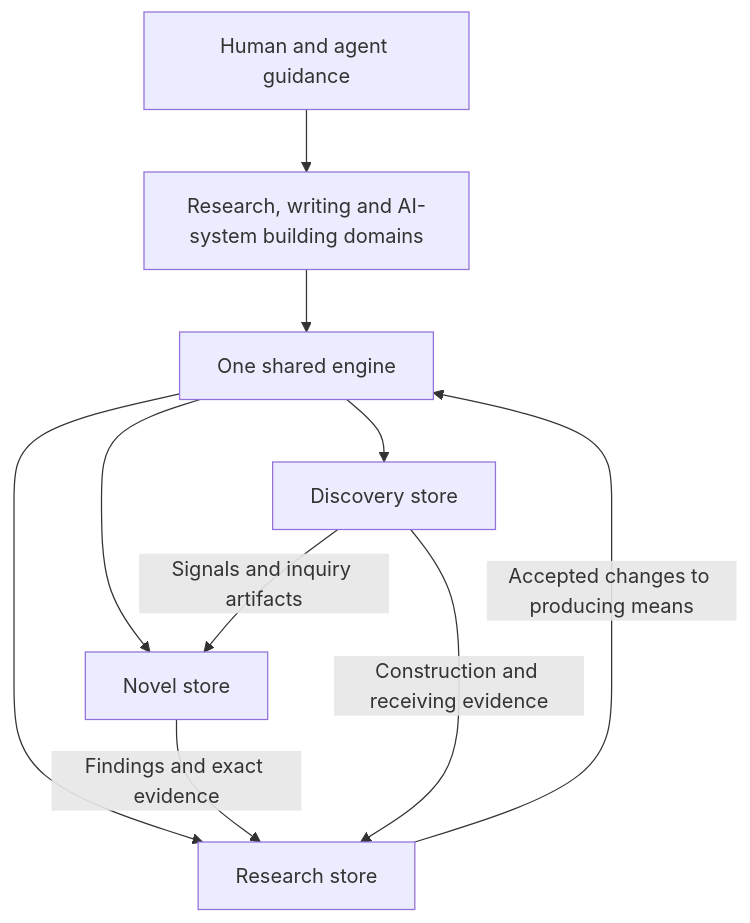
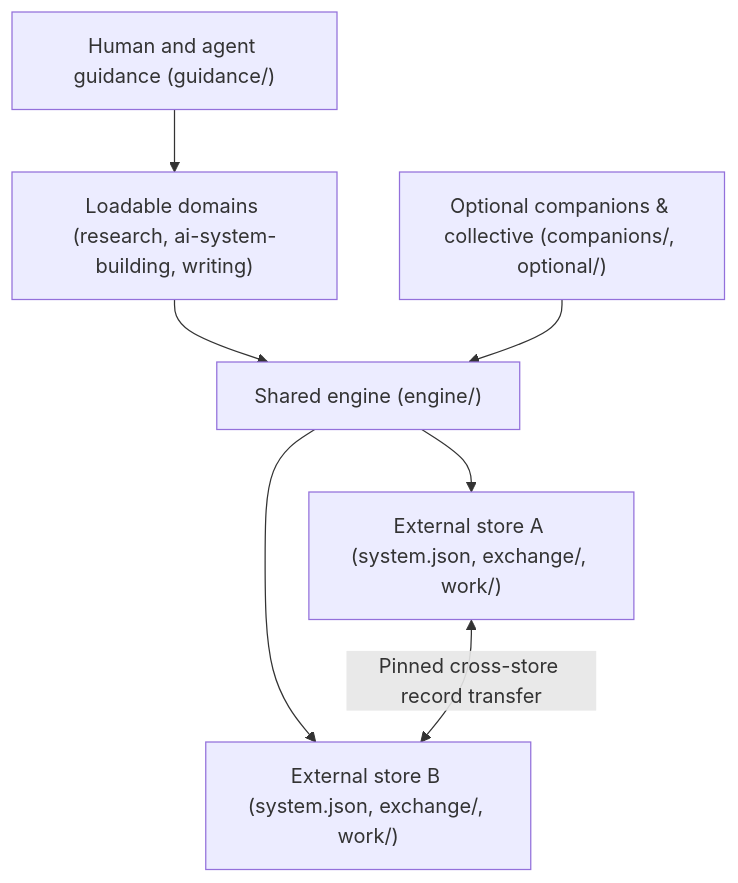
The diagram in ARCHITECTURE.md (nestharus/managed-ai), drawn with Mermaid before and after one commit. The commit also changed other lines of this file and 77 other files, not shown here.

````diff
--- a/ARCHITECTURE.md
+++ b/ARCHITECTURE.md
@@ -5,12 +5,9 @@
 ```mermaid
 flowchart TD
-    D["Research, writing and AI-system building domains"] --> E["One shared engine"]
-    G["Human and agent guidance"] --> D
-    E --> R["Research store"]
-    E --> N["Novel store"]
-    E --> S["Discovery store"]
-    S -->|"Signals and inquiry artifacts"| N
-    S -->|"Construction and receiving evidence"| R
-    N -->|"Findings and exact evidence"| R
-    R -->|"Accepted changes to producing means"| E
+    D["Loadable domains (research, ai-system-building, writing)"] --> E["Shared engine (engine/)"]
+    G["Human and agent guidance (guidance/)"] --> D
+    E --> S1["External store A (system.json, exchange/, work/)"]
+    E --> S2["External store B (system.json, exchange/, work/)"]
+    C["Optional companions & collective (companions/, optional/)"] --> E
+    S1 <-->|"Pinned cross-store record transfer"| S2
 ```
````
